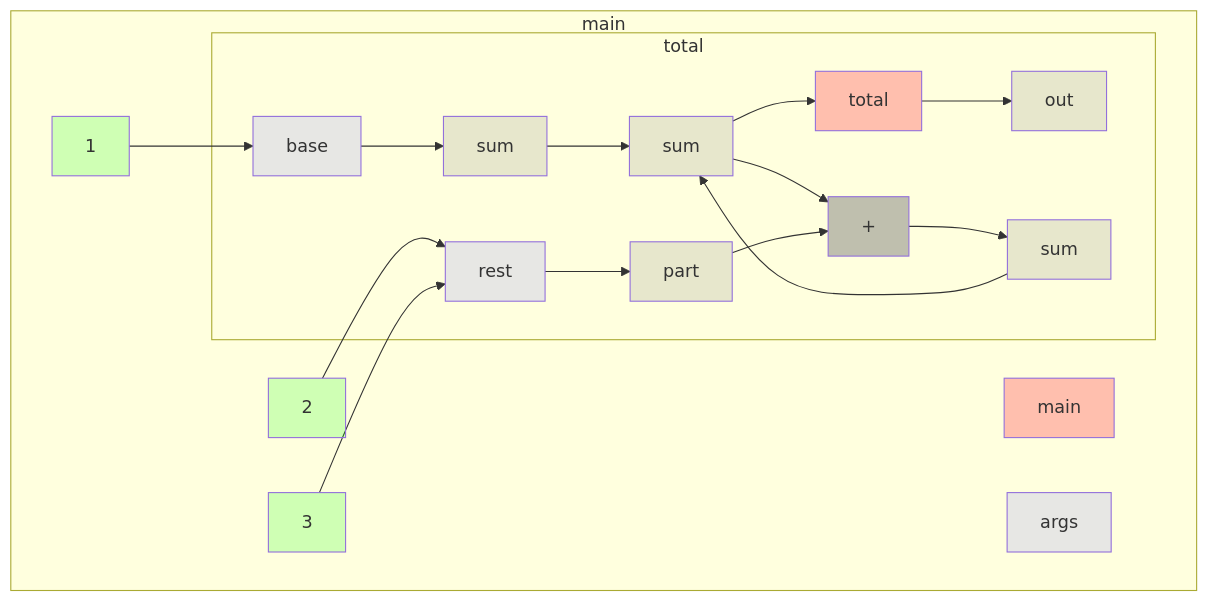
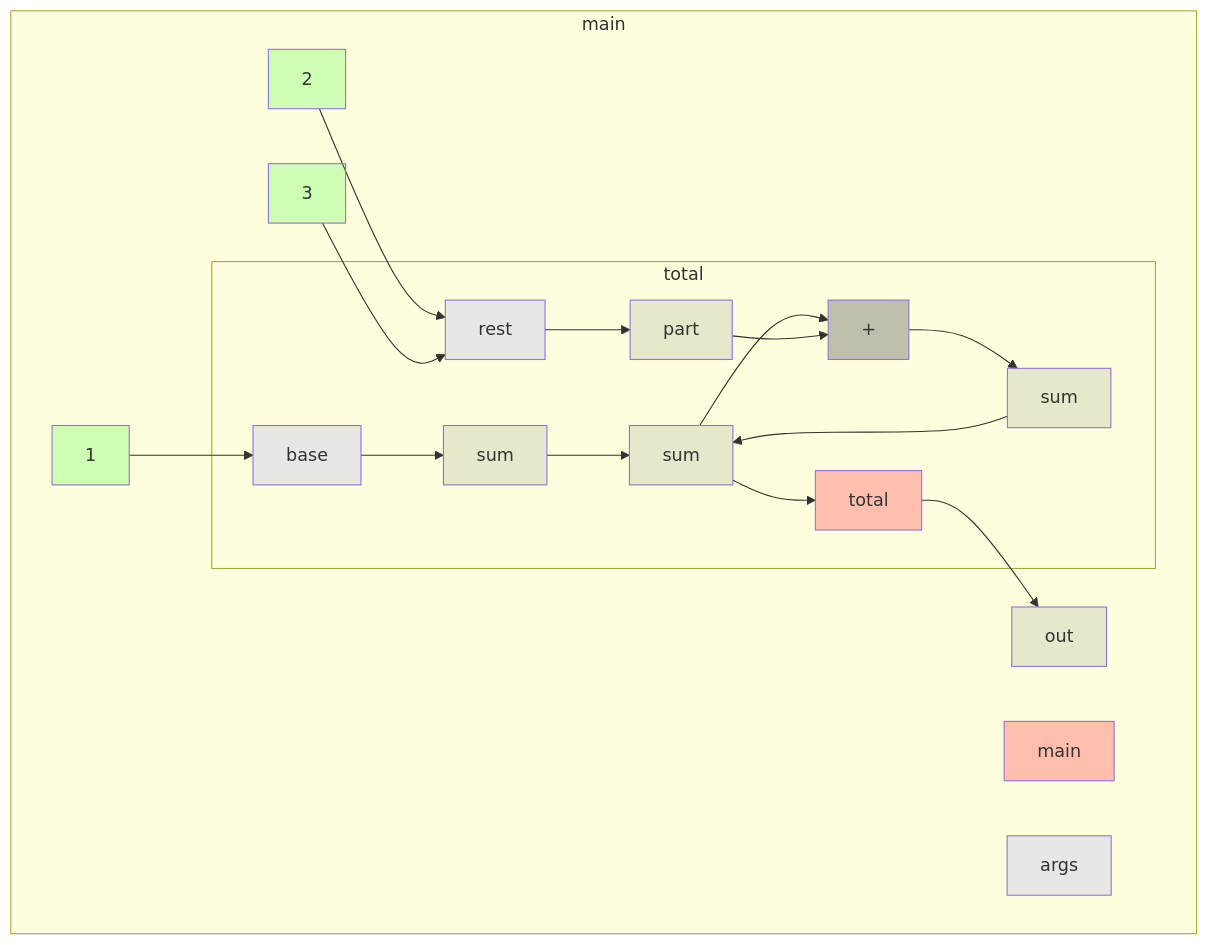
One commit to gstiebler/codeflow changed the diagram in app/src/test/resources/varargs/truth.md. Above: the diagram before and after it, drawn with Mermaid. The commit also changed 34 other files, not shown here.

````diff
--- a/app/src/test/resources/varargs/truth.md
+++ b/app/src/test/resources/varargs/truth.md
@@ -1,40 +1,40 @@
 ```mermaid
 flowchart TD
   subgraph b0["main"]
     n1[main]:::RETURN
     n2[args]:::FUNC_PARAM
     n3[1]:::LITERAL
     n4[2]:::LITERAL
     n5[3]:::LITERAL
     n15[out]:::VARIABLE
     n3[1]:::LITERAL --> n8[base]:::FUNC_PARAM
     n4[2]:::LITERAL --> n9[rest]:::FUNC_PARAM
     n5[3]:::LITERAL --> n9[rest]:::FUNC_PARAM
+    n7[total]:::RETURN --> n15[out]:::VARIABLE
     subgraph b6["total"]
       n7[total]:::RETURN
       n8[base]:::FUNC_PARAM
       n9[rest]:::FUNC_PARAM
       n10[sum]:::VARIABLE
       n11[sum]:::VARIABLE
       n12[part]:::VARIABLE
       n13[+]:::BIN_OP
       n14[sum]:::VARIABLE
-      n7[total]:::RETURN --> n15[out]:::VARIABLE
       n8[base]:::FUNC_PARAM --> n10[sum]:::VARIABLE
       n9[rest]:::FUNC_PARAM --> n12[part]:::VARIABLE
       n10[sum]:::VARIABLE --> n11[sum]:::VARIABLE
       n11[sum]:::VARIABLE --> n13[+]:::BIN_OP
       n11[sum]:::VARIABLE --> n7[total]:::RETURN
       n12[part]:::VARIABLE --> n13[+]:::BIN_OP
       n13[+]:::BIN_OP --> n14[sum]:::VARIABLE
       n14[sum]:::VARIABLE --> n11[sum]:::VARIABLE
     end
   end
   classDef LITERAL fill:#00FF0030
   classDef VARIABLE fill:#80808030
   classDef BIN_OP fill:#80808080
   classDef FUNC_PARAM fill:#8080FF30
   classDef RETURN fill:#FF808080
   classDef EXTERNAL fill:#FFA50040
   classDef UNMODELLED fill:#FF000030,stroke-dasharray: 4 2
 ```
````
